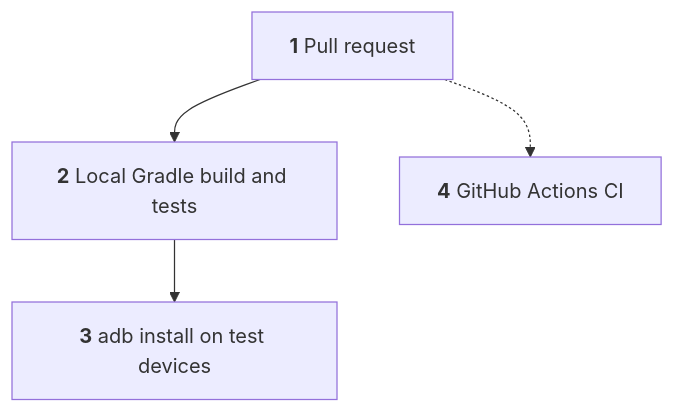
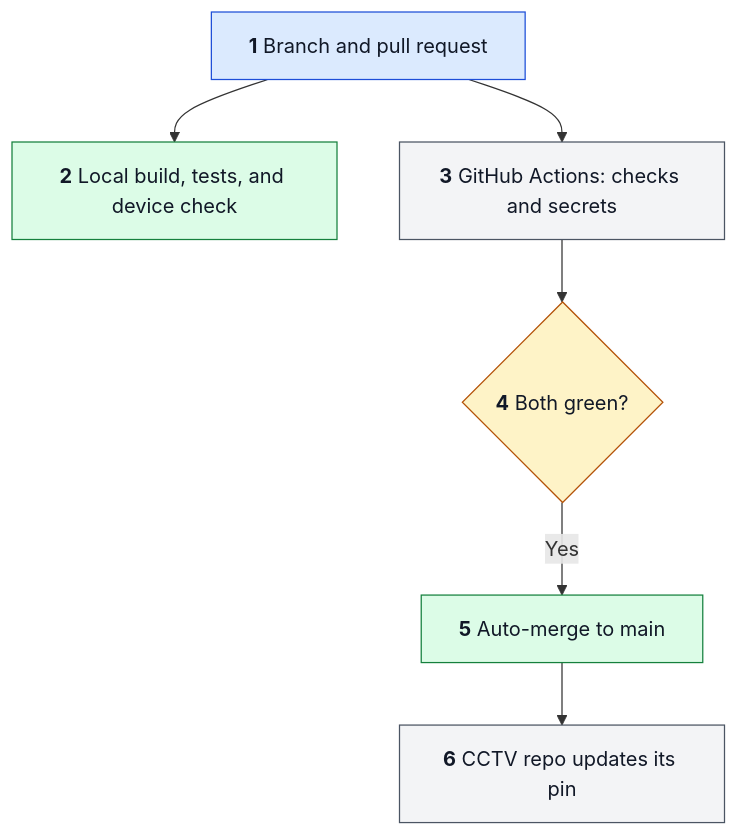
The second of 2 diagrams in README.md (hamza-aziz-ai/Face-Dataset-Collector), drawn with Mermaid before and after one commit. The commit also changed other lines of this file, not shown here.

````diff
--- a/README.md
+++ b/README.md
@@ -35,6 +82,12 @@
 ```mermaid
 flowchart TD
-    A["`**1** Pull request`"] --> B["`**2** Local Gradle build and tests`"]
-    B --> C["`**3** adb install on test devices`"]
-    A -.-> D["`**4** GitHub Actions CI`"]
+    classDef way fill:#dbeafe,stroke:#1d4ed8,color:#111827
+    classDef step fill:#dcfce7,stroke:#15803d,color:#111827
+    classDef decide fill:#fef3c7,stroke:#b45309,color:#111827
+    classDef outside fill:#f3f4f6,stroke:#4b5563,color:#111827
+    A["`**1** Branch and pull request`"]:::way --> B["`**2** Local build, tests, and device check`"]:::step
+    A --> C["`**3** GitHub Actions: checks and secrets`"]:::outside
+    C --> D{"`**4** Both green?`"}:::decide
+    D -->|Yes| E["`**5** Auto-merge to main`"]:::step
+    E --> F["`**6** CCTV repo updates its pin`"]:::outside
 ```
````
